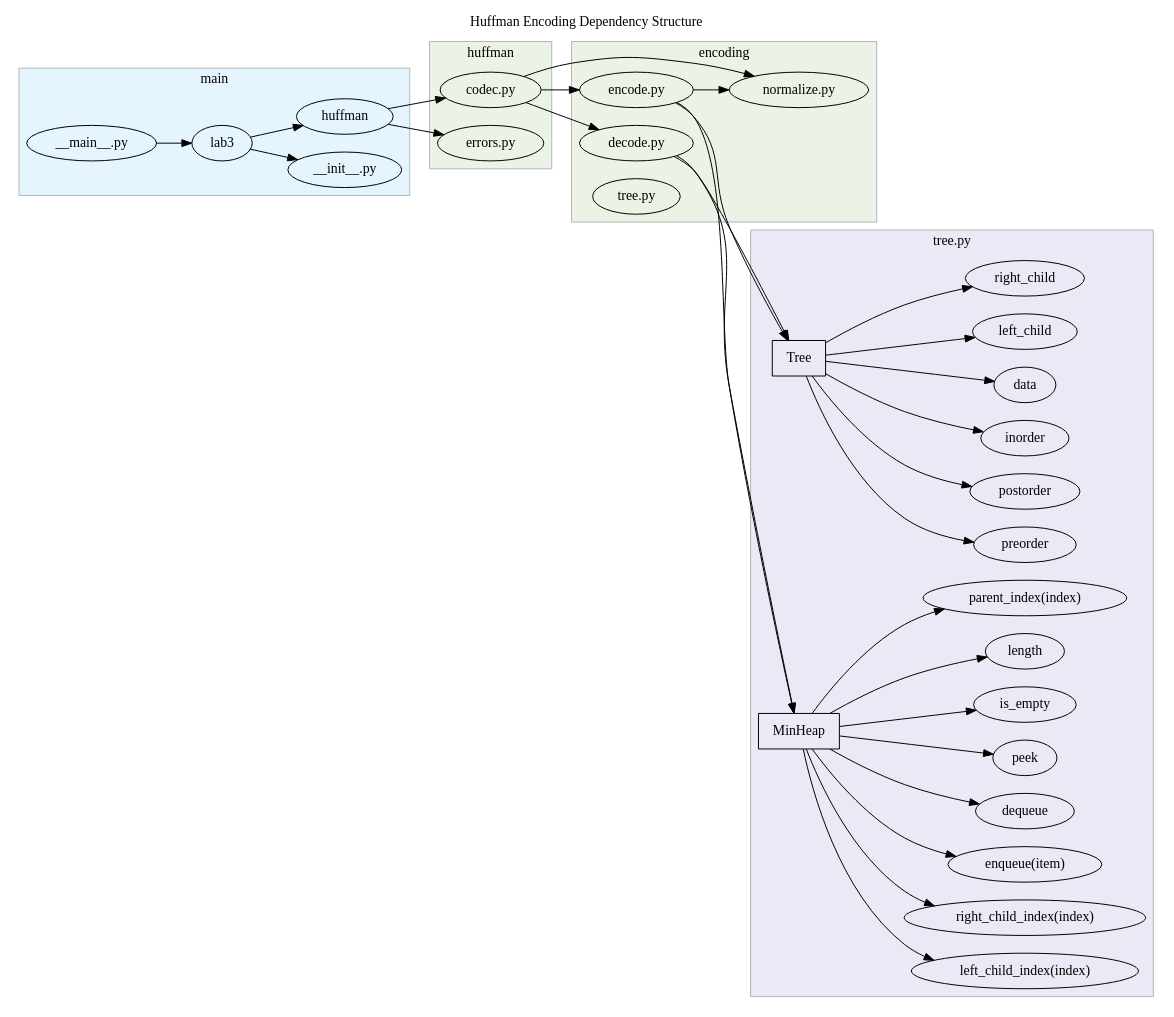
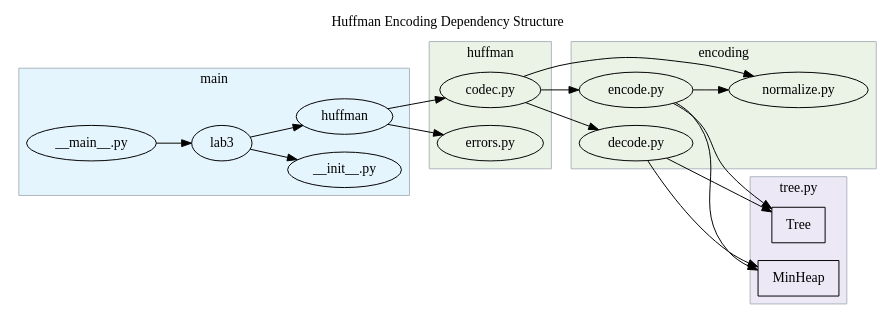
The diagram in lab-3/packages.dot (jllovet/jhu-en-605-202-su26-data-structures), drawn with Graphviz before and after one commit.

Commit message:
Aggressively simplify dependency diagram

```diff
--- a/lab-3/packages.dot
+++ b/lab-3/packages.dot
@@ -1,105 +1,72 @@
 digraph G {
     rankdir="LR"
     ratio=auto
     ranksep=auto
     splines=true
 
     label="Huffman Encoding Dependency Structure"
     labelloc="t"
 
     // Nodes
     subgraph cluster_main {
         label="main"
         style=rounded
         style=filled
         pencolor="#AEB6BE"
         bgcolor="#E5F5FD"
         lab3 [label="lab3"]
         main [label="__main__.py"]
         lab3_init [label="__init__.py"]
         huffman [label="huffman"]
 
         lab3 -> lab3_init
         main -> lab3
         lab3 -> huffman
     }
 
     subgraph cluster_huffman {
         label="huffman"
         style=rounded
         style=filled
         pencolor="#AEB6BE"
         bgcolor="#EBF3E7"
         codec [label="codec.py"]
         errors [label="errors.py"]
     }
 
     subgraph cluster_encoding {
         label="encoding"
         style=rounded
         style=filled
         pencolor="#AEB6BE"
         bgcolor="#EBF3E7"
         encode [label="encode.py"]
         decode [label="decode.py"]
         normalize [label="normalize.py"]
-        tree [label="tree.py"]
         encode -> normalize
     }
     
     subgraph cluster_tree {
         label="tree.py"
         style=rounded
         style=filled
         pencolor="#AEB6BE"
         bgcolor="#ECE8F6"
         Tree [label="Tree" shape=rectangle]
-        preorder [label="preorder"]
-        postorder [label="postorder"]
-        inorder [label="inorder"]
-        data [label="data"]
-        left_child [label="left_child"]
-        right_child [label="right_child"]
-        Tree -> {
-            data
-            left_child
-            right_child
-            preorder
-            postorder
-            inorder
-        }
-        length [label="length"]
-        parent_index [label="parent_index(index)"]
-        left_child_index [label="left_child_index(index)"]
-        right_child_index [label="right_child_index(index)"]
-        enqueue [label="enqueue(item)"]
-        dequeue [label="dequeue"]
-        peek [label="peek"]
-        is_empty [label="is_empty"]
         MinHeap [label="MinHeap" shape=rectangle]
-        MinHeap -> {
-            right_child_index
-            left_child_index
-            length
-            parent_index
-            enqueue
-            dequeue
-            peek
-            is_empty
-        }
     }
 
     huffman -> codec
     huffman -> errors
 
     codec -> encode
     codec -> decode
     codec -> normalize
 
     encode -> MinHeap
     decode -> MinHeap
     
     encode -> Tree
     decode -> Tree
 
 }
```
